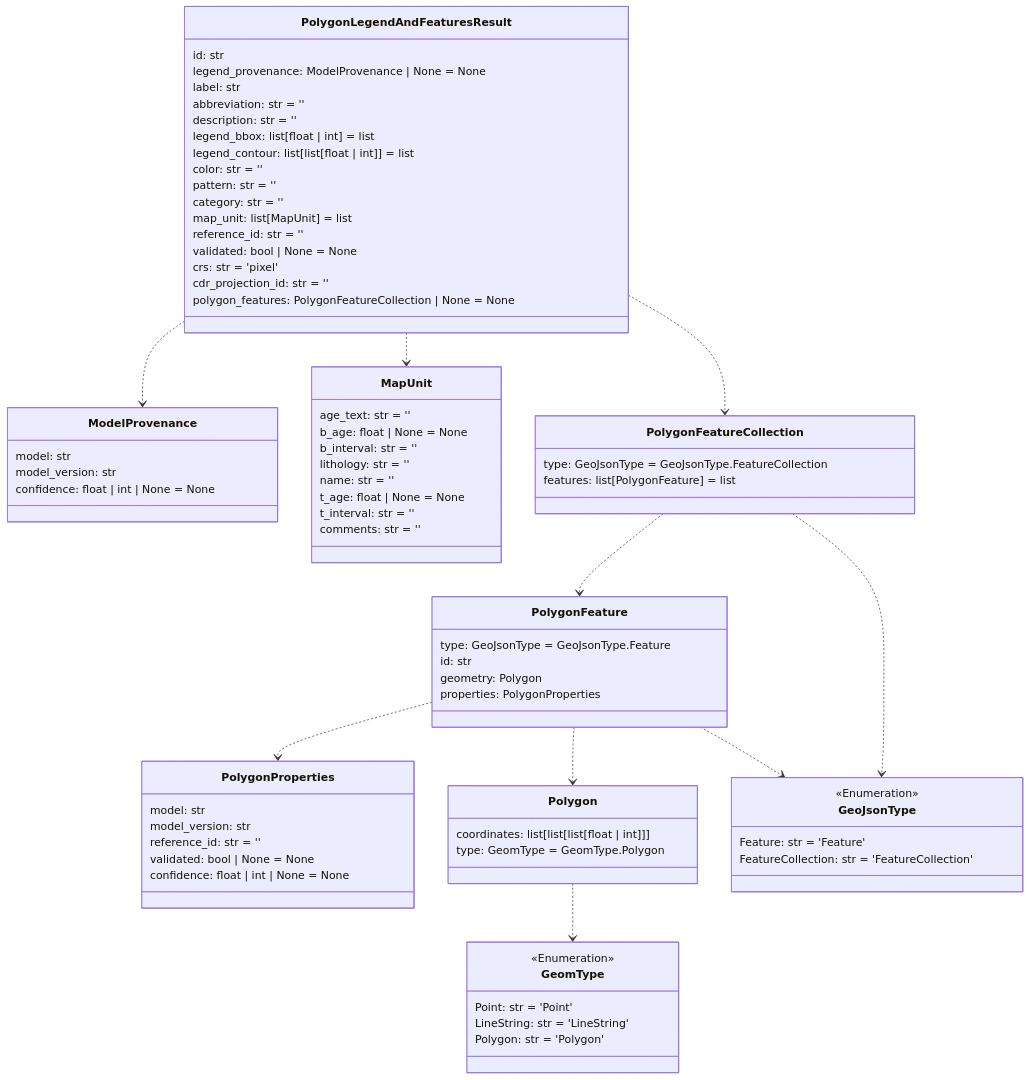
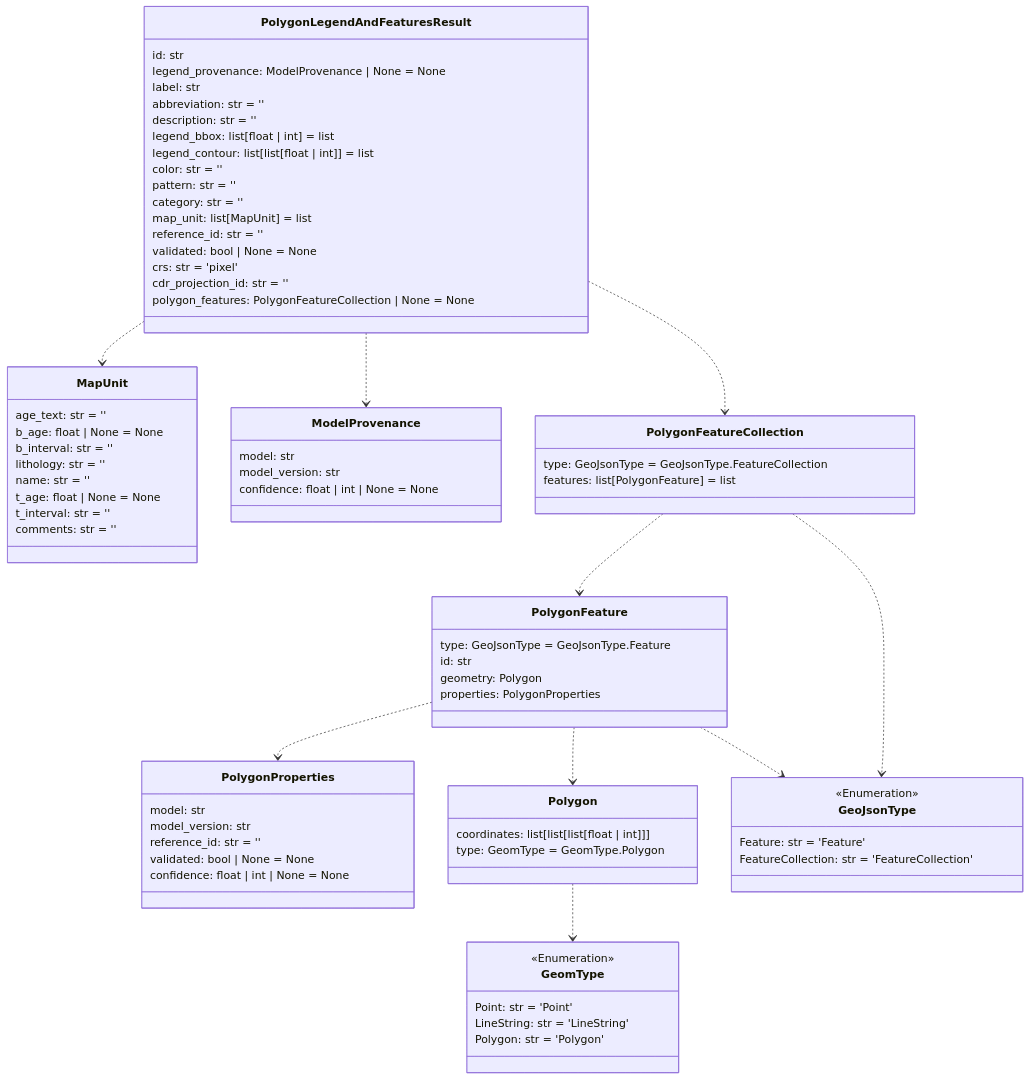
Before and after one commit to DARPA-CRITICALMAAS/cdr_schemas: the seventh of 14 diagrams in README.md, drawn with Mermaid. The commit also changed other lines of this file and 2 other files, not shown here.

First line of the commit message:
minimal RFUserOptions for baseline RandomForestClassifier model (#61)

````diff
--- a/README.md
+++ b/README.md
@@ -544,5 +544,11 @@
 ```mermaid
 classDiagram
+
+    class GeoJsonType {
+        <<Enumeration>>
+        Feature: str = 'Feature'
+        FeatureCollection: str = 'FeatureCollection'
+    }
 
     class GeomType {
         <<Enumeration>>
@@ -551,33 +557,11 @@
         Polygon: str = 'Polygon'
     }
 
-    class PolygonFeatureCollection {
-        type: GeoJsonType = GeoJsonType.FeatureCollection
-        features: list[PolygonFeature] = list
-    }
-
-    class GeoJsonType {
-        <<Enumeration>>
-        Feature: str = 'Feature'
-        FeatureCollection: str = 'FeatureCollection'
-    }
-
     class PolygonProperties {
         model: str
         model_version: str
         reference_id: str = ''
         validated: bool | None = None
-        confidence: float | int | None = None
-    }
-
-    class Polygon {
-        coordinates: list[list[list[float | int]]]
-        type: GeomType = GeomType.Polygon
-    }
-
-    class ModelProvenance {
-        model: str
-        model_version: str
         confidence: float | int | None = None
     }
 
@@ -597,6 +581,22 @@
         t_age: float | None = None
         t_interval: str = ''
         comments: str = ''
+    }
+
+    class Polygon {
+        coordinates: list[list[list[float | int]]]
+        type: GeomType = GeomType.Polygon
+    }
+
+    class ModelProvenance {
+        model: str
+        model_version: str
+        confidence: float | int | None = None
+    }
+
+    class PolygonFeatureCollection {
+        type: GeoJsonType = GeoJsonType.FeatureCollection
+        features: list[PolygonFeature] = list
     }
 
     class PolygonLegendAndFeaturesResult {
@@ -624,8 +624,8 @@
     PolygonFeature ..> GeoJsonType
     PolygonFeatureCollection ..> PolygonFeature
     PolygonFeatureCollection ..> GeoJsonType
+    PolygonLegendAndFeaturesResult ..> MapUnit
     PolygonLegendAndFeaturesResult ..> ModelProvenance
-    PolygonLegendAndFeaturesResult ..> MapUnit
     PolygonLegendAndFeaturesResult ..> PolygonFeatureCollection
 
 
````
